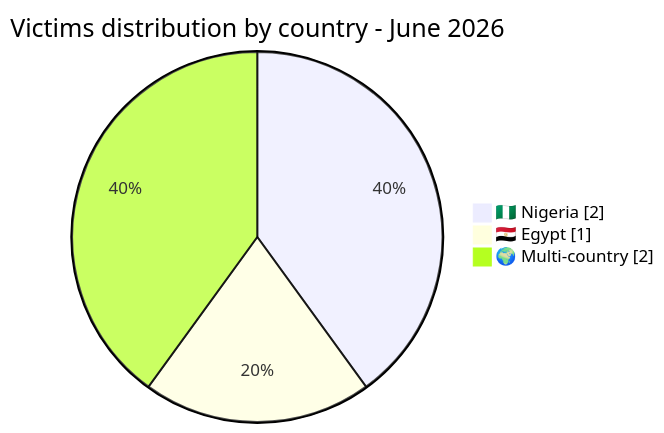
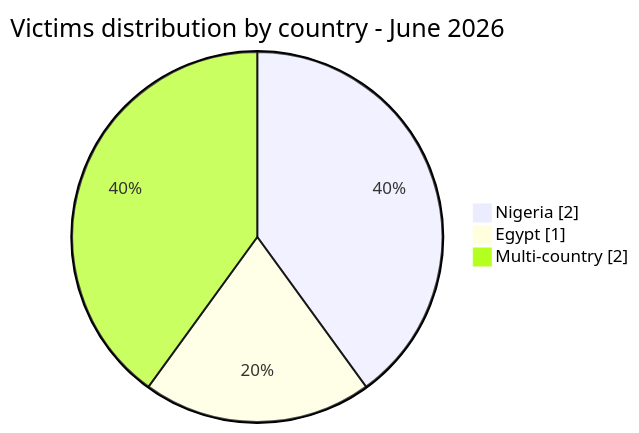
Before and after one commit to Hatchepsoute/AFRINTEL: the first of 3 diagrams in CyberAttackAfrica/2026/06-june/README.md, drawn with Mermaid. The commit also changed other lines of this file and 11 other files, not shown here.

First line of the commit message:
fix: remove all emojis from Mermaid labels in Jan-Jun 2026 reports

````diff
--- a/CyberAttackAfrica/2026/06-june/README.md
+++ b/CyberAttackAfrica/2026/06-june/README.md
@@ -63,7 +63,7 @@
 ```mermaid
 pie showData
-    title Victims distribution by country - June 2026
-    "🇳🇬 Nigeria" : 2
-    "🇪🇬 Egypt" : 1
-    "🌍 Multi-country" : 2
+ title Victims distribution by country - June 2026
+ "Nigeria" : 2
+ "Egypt" : 1
+ "Multi-country" : 2
 ```
````
